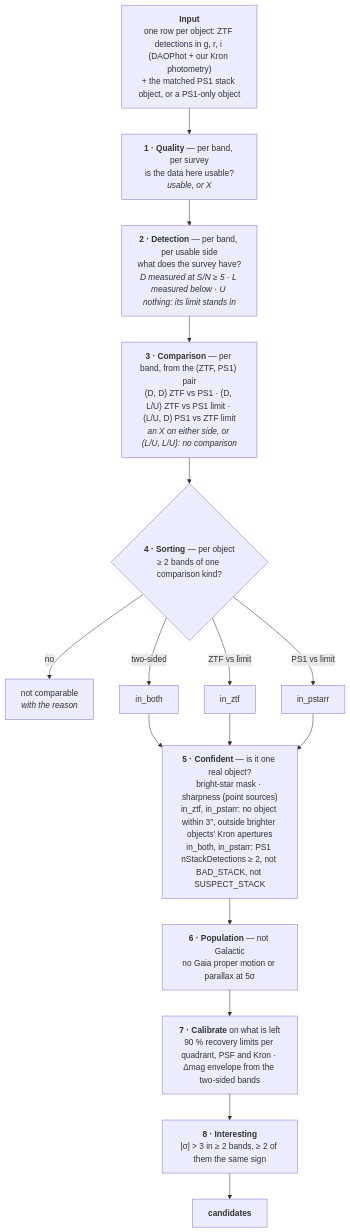
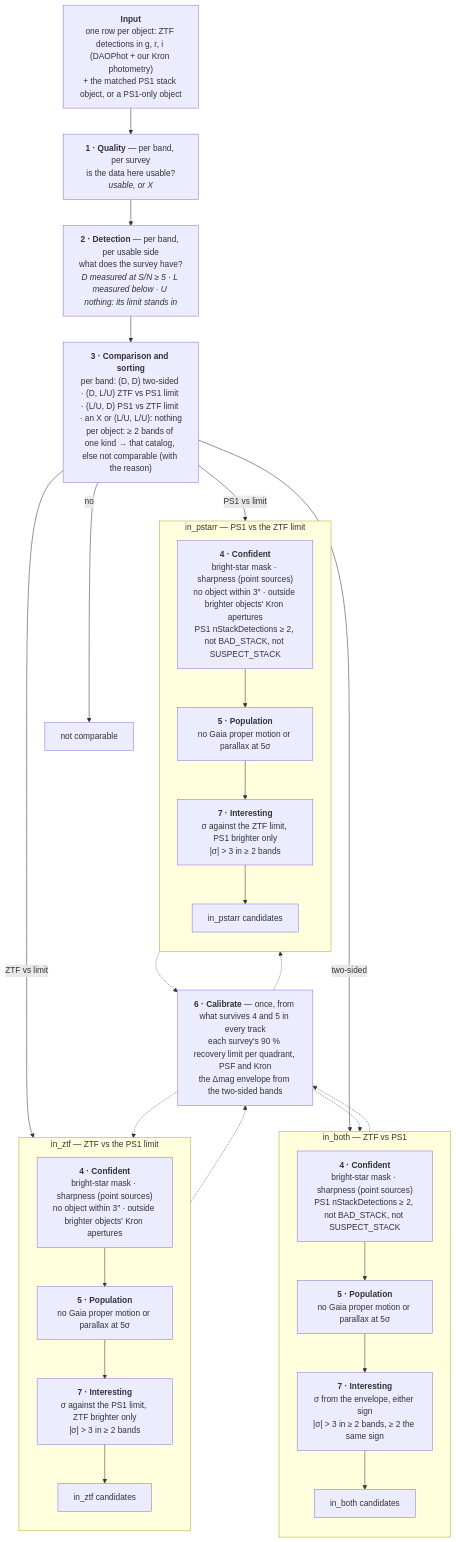
The diagram in README.md (Adam-Boesky/long_transients2), drawn with Mermaid before and after one commit.

Commit message:
README: the three catalogs as parallel tracks; comparison and sorting as one step; calibration drawn once

````diff
--- a/README.md
+++ b/README.md
@@ -5,26 +5,46 @@
 ```mermaid
 flowchart TD
     IN["<b>Input</b><br/>one row per object: ZTF detections in g, r, i (DAOPhot + our Kron photometry)<br/>+ the matched PS1 stack object, or a PS1-only object"]
     Q["<b>1 · Quality</b> — per band, per survey<br/>is the data here usable?<br/><i>usable, or X</i>"]
     D["<b>2 · Detection</b> — per band, per usable side<br/>what does the survey have?<br/><i>D measured at S/N ≥ 5 · L measured below · U nothing: its limit stands in</i>"]
-    C["<b>3 · Comparison</b> — per band, from the (ZTF, PS1) pair<br/>(D, D) ZTF vs PS1 · (D, L/U) ZTF vs PS1 limit · (L/U, D) PS1 vs ZTF limit<br/><i>an X on either side, or (L/U, L/U): no comparison</i>"]
-    S{"<b>4 · Sorting</b> — per object<br/>≥ 2 bands of one comparison kind?"}
-    NC["not comparable<br/><i>with the reason</i>"]
-    B["in_both"]
-    Z["in_ztf"]
-    P["in_pstarr"]
-    CONF["<b>5 · Confident</b> — is it one real object?<br/>bright-star mask · sharpness (point sources)<br/>in_ztf, in_pstarr: no object within 3″, outside brighter objects' Kron apertures<br/>in_both, in_pstarr: PS1 nStackDetections ≥ 2, not BAD_STACK, not SUSPECT_STACK"]
-    POP["<b>6 · Population</b> — not Galactic<br/>no Gaia proper motion or parallax at 5σ"]
-    CAL["<b>7 · Calibrate</b> on what is left<br/>90 % recovery limits per quadrant, PSF and Kron · Δmag envelope from the two-sided bands"]
-    INT["<b>8 · Interesting</b><br/>|σ| > 3 in ≥ 2 bands, ≥ 2 of them the same sign"]
-    OUT["<b>candidates</b>"]
-    IN --> Q --> D --> C --> S
+    S["<b>3 · Comparison and sorting</b><br/>per band: (D, D) two-sided · (D, L/U) ZTF vs PS1 limit · (L/U, D) PS1 vs ZTF limit · an X or (L/U, L/U): nothing<br/>per object: ≥ 2 bands of one kind → that catalog, else not comparable (with the reason)"]
+    NC["not comparable"]
+    IN --> Q --> D --> S
     S -- no --> NC
-    S -- two-sided --> B
-    S -- ZTF vs limit --> Z
-    S -- PS1 vs limit --> P
-    B --> CONF
-    Z --> CONF
-    P --> CONF
-    CONF --> POP --> CAL --> INT --> OUT
+
+    subgraph BOTH ["in_both — ZTF vs PS1"]
+        direction TB
+        B4["<b>4 · Confident</b><br/>bright-star mask · sharpness (point sources)<br/>PS1 nStackDetections ≥ 2, not BAD_STACK, not SUSPECT_STACK"]
+        B5["<b>5 · Population</b><br/>no Gaia proper motion or parallax at 5σ"]
+        B7["<b>7 · Interesting</b><br/>σ from the envelope, either sign<br/>|σ| > 3 in ≥ 2 bands, ≥ 2 the same sign"]
+        B8["in_both candidates"]
+        B4 --> B5 --> B7 --> B8
+    end
+    subgraph ZTF ["in_ztf — ZTF vs the PS1 limit"]
+        direction TB
+        Z4["<b>4 · Confident</b><br/>bright-star mask · sharpness (point sources)<br/>no object within 3″ · outside brighter objects' Kron apertures"]
+        Z5["<b>5 · Population</b><br/>no Gaia proper motion or parallax at 5σ"]
+        Z7["<b>7 · Interesting</b><br/>σ against the PS1 limit, ZTF brighter only<br/>|σ| > 3 in ≥ 2 bands"]
+        Z8["in_ztf candidates"]
+        Z4 --> Z5 --> Z7 --> Z8
+    end
+    subgraph PS1 ["in_pstarr — PS1 vs the ZTF limit"]
+        direction TB
+        P4["<b>4 · Confident</b><br/>bright-star mask · sharpness (point sources)<br/>no object within 3″ · outside brighter objects' Kron apertures<br/>PS1 nStackDetections ≥ 2, not BAD_STACK, not SUSPECT_STACK"]
+        P5["<b>5 · Population</b><br/>no Gaia proper motion or parallax at 5σ"]
+        P7["<b>7 · Interesting</b><br/>σ against the ZTF limit, PS1 brighter only<br/>|σ| > 3 in ≥ 2 bands"]
+        P8["in_pstarr candidates"]
+        P4 --> P5 --> P7 --> P8
+    end
+    S -- two-sided --> B4
+    S -- ZTF vs limit --> Z4
+    S -- PS1 vs limit --> P4
+
+    CAL["<b>6 · Calibrate</b> — once, from what survives 4 and 5 in every track<br/>each survey's 90 % recovery limit per quadrant, PSF and Kron<br/>the Δmag envelope from the two-sided bands"]
+    B5 -.-> CAL
+    Z5 -.-> CAL
+    P5 -.-> CAL
+    CAL -.-> B7
+    CAL -.-> Z7
+    CAL -.-> P7
 ```
````
